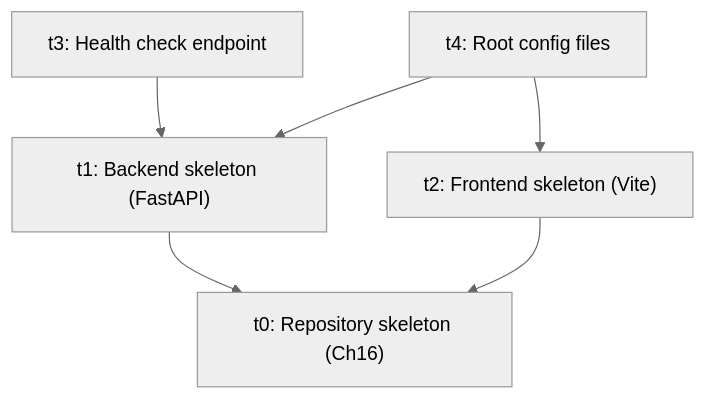
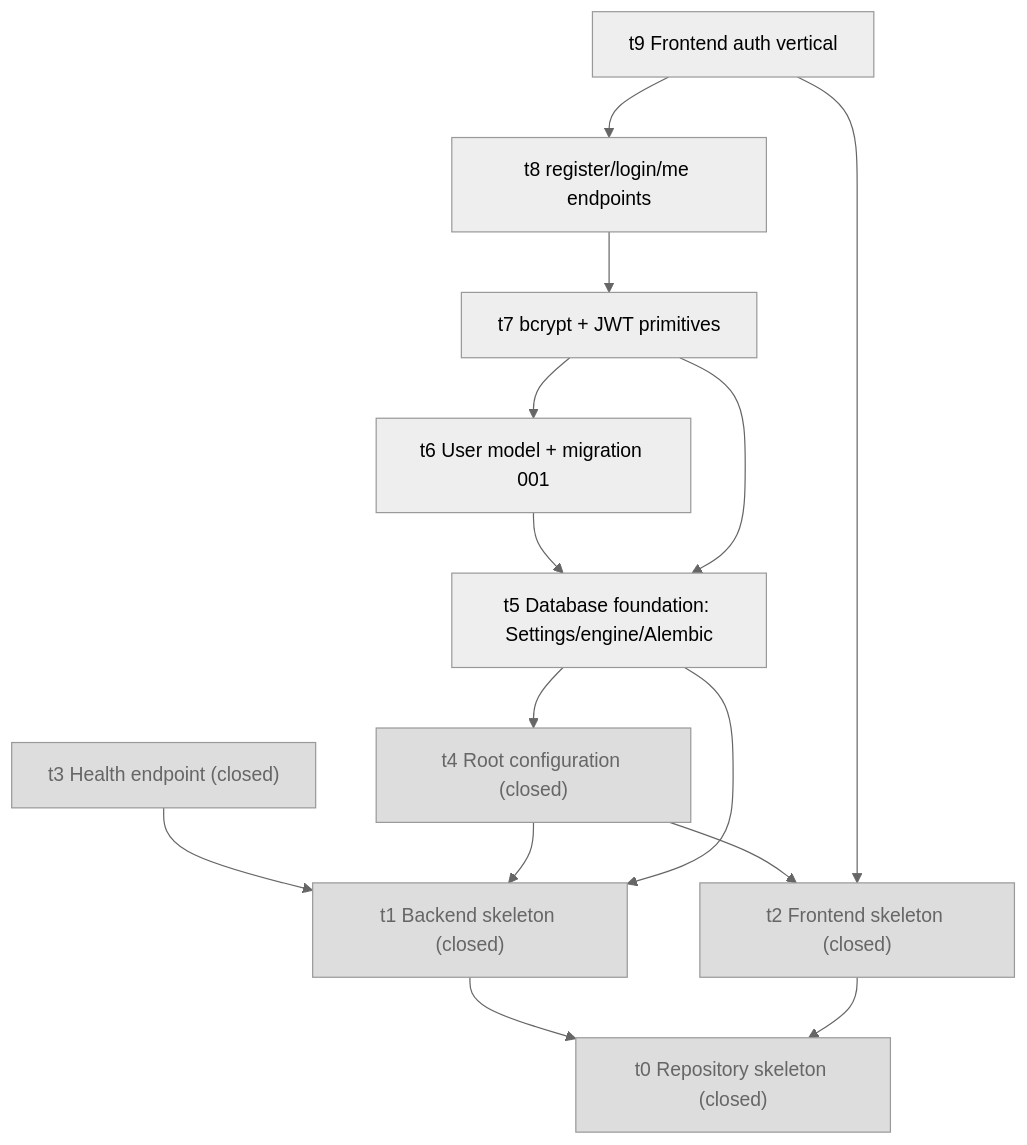
One commit to HsiChinHuang/expense-tracker-dashboard changed the diagram in docs/state/dag.mmd. Above: the diagram before and after it, drawn with Mermaid (neutral theme). The commit also changed 13 other files, not shown here.

First line of the commit message:
feat(plan): phase_2_auth survey output - t5-t9 defined (#8-#12)

```diff
--- a/docs/state/dag.mmd
+++ b/docs/state/dag.mmd
@@ -1,7 +1,30 @@
+%% DAG visualization — regenerated by definer:survey for phase_2_auth (2026-10-07)
+%% Edge direction: A --> B means A depends on B (B must land first).
 graph TD
-  t0["t0: Repository skeleton (Ch16)"]
-  t1["t1: Backend skeleton (FastAPI)"] --> t0
-  t2["t2: Frontend skeleton (Vite)"] --> t0
-  t3["t3: Health check endpoint"] --> t1
-  t4["t4: Root config files"] --> t1
+  t0["t0 Repository skeleton (closed)"]
+  t1["t1 Backend skeleton (closed)"]
+  t2["t2 Frontend skeleton (closed)"]
+  t3["t3 Health endpoint (closed)"]
+  t4["t4 Root configuration (closed)"]
+  t5["t5 Database foundation: Settings/engine/Alembic"]
+  t6["t6 User model + migration 001"]
+  t7["t7 bcrypt + JWT primitives"]
+  t8["t8 register/login/me endpoints"]
+  t9["t9 Frontend auth vertical"]
+
+  t1 --> t0
+  t2 --> t0
+  t3 --> t1
+  t4 --> t1
   t4 --> t2
+  t5 --> t1
+  t5 --> t4
+  t6 --> t5
+  t7 --> t5
+  t7 --> t6
+  t8 --> t7
+  t9 --> t2
+  t9 --> t8
+
+  classDef closed fill:#ddd,stroke:#999,color:#666;
+  class t0,t1,t2,t3,t4 closed;
```
